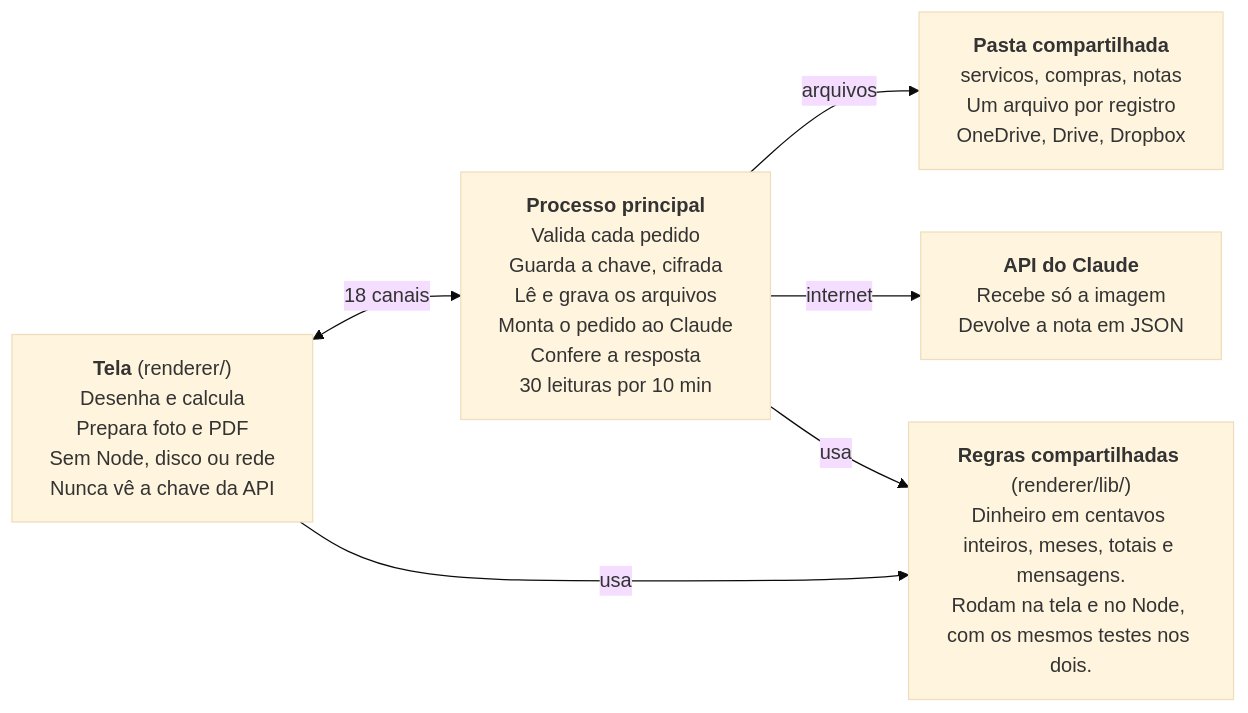
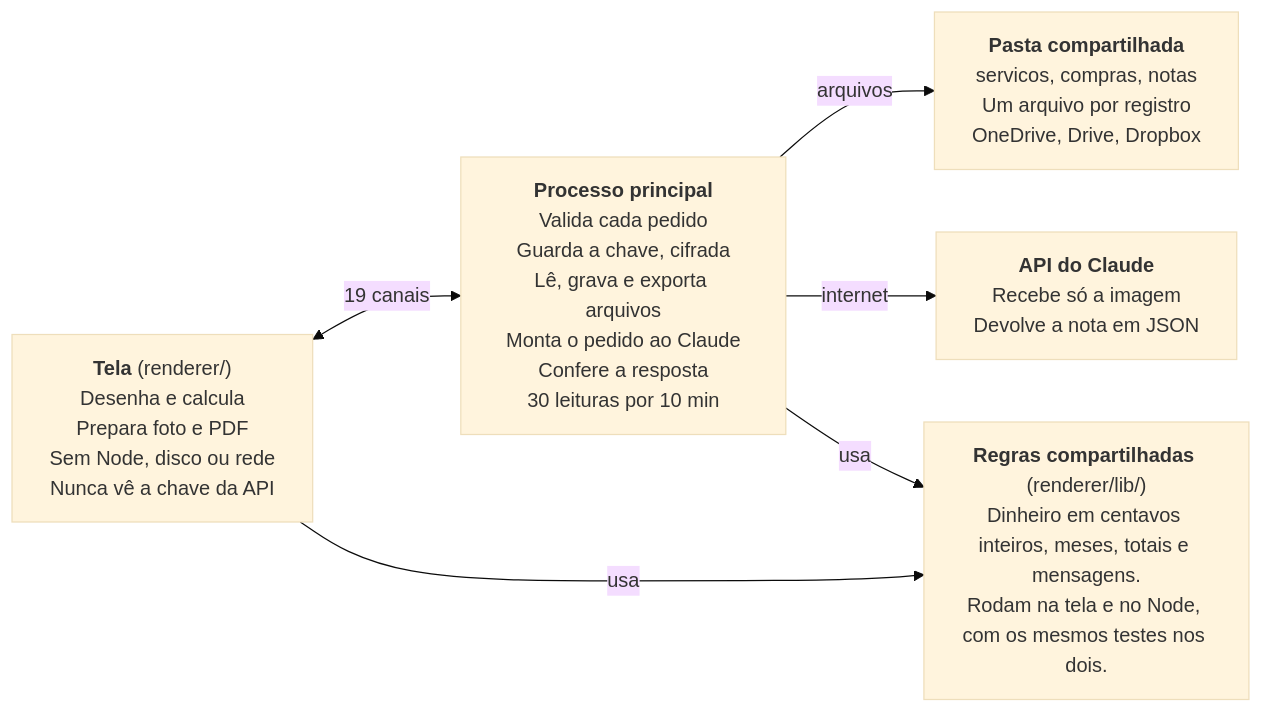
Before and after one commit to JoaoAndrade0/Alpha-Deluxe7: the diagram in contas-a-pagar-desktop/docs/RELATORIO.md, drawn with Mermaid (base theme). The commit also changed other lines of this file and 15 other files, not shown here.

````diff
--- a/contas-a-pagar-desktop/docs/RELATORIO.md
+++ b/contas-a-pagar-desktop/docs/RELATORIO.md
@@ -20,13 +20,13 @@
 ```mermaid
 flowchart LR
   T["<b>Tela</b> (renderer/)<br/>Desenha e calcula<br/>Prepara foto e PDF<br/>Sem Node, disco ou rede<br/>Nunca vê a chave da API"]
-  P["<b>Processo principal</b><br/>Valida cada pedido<br/>Guarda a chave, cifrada<br/>Lê e grava os arquivos<br/>Monta o pedido ao Claude<br/>Confere a resposta<br/>30 leituras por 10 min"]
+  P["<b>Processo principal</b><br/>Valida cada pedido<br/>Guarda a chave, cifrada<br/>Lê, grava e exporta arquivos<br/>Monta o pedido ao Claude<br/>Confere a resposta<br/>30 leituras por 10 min"]
   D["<b>Pasta compartilhada</b><br/>servicos, compras, notas<br/>Um arquivo por registro<br/>OneDrive, Drive, Dropbox"]
   A["<b>API do Claude</b><br/>Recebe só a imagem<br/>Devolve a nota em JSON"]
   R["<b>Regras compartilhadas</b> (renderer/lib/)<br/>Dinheiro em centavos inteiros, meses, totais e mensagens.<br/>Rodam na tela e no Node, com os mesmos testes nos dois."]
-  T <-->|"18 canais"| P
+  T <-->|"19 canais"| P
   P -->|arquivos| D
   P -->|internet| A
   T -->|usa| R
   P -->|usa| R
 ```
````
